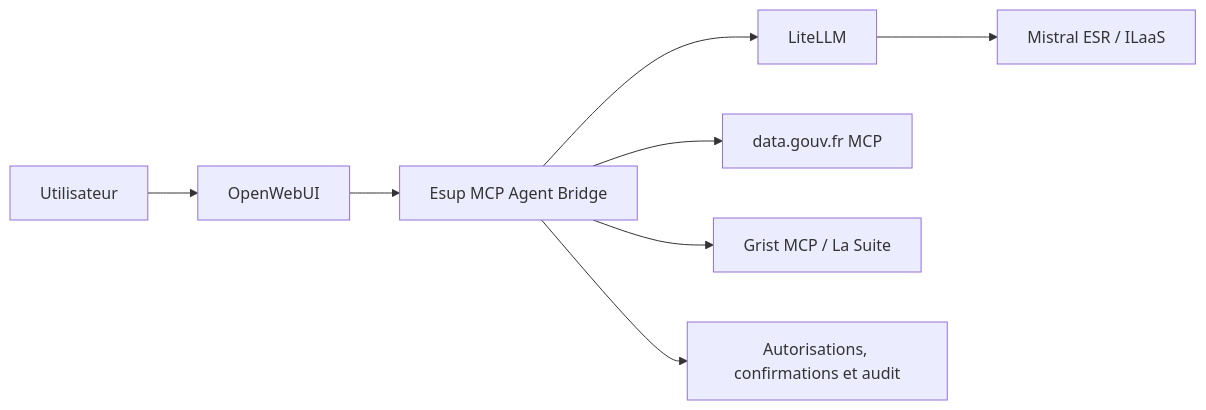
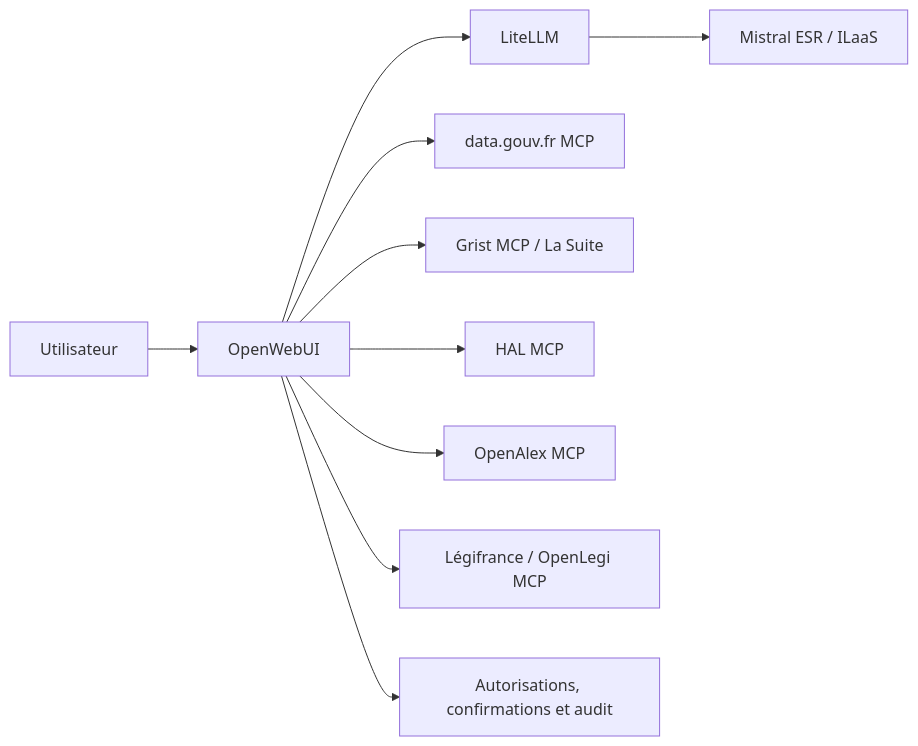
The diagram in README.md (EsupPortail/esup-mcp-catalog), drawn with Mermaid before and after one commit. The commit also changed other lines of this file, not shown here.

First line of the commit message:
docs: rewrite README for the native-MCP architecture

````diff
--- a/README.md
+++ b/README.md
@@ -24,10 +27,12 @@
 ```mermaid
 flowchart LR
     U[Utilisateur] --> OW[OpenWebUI]
-    OW --> AB[Esup MCP Agent Bridge]
-    AB --> LL[LiteLLM]
+    OW --> LL[LiteLLM]
     LL --> M[Mistral ESR / ILaaS]
-    AB --> DG[data.gouv.fr MCP]
-    AB --> GR[Grist MCP / La Suite]
-    AB --> A[Autorisations, confirmations et audit]
+    OW --> DG[data.gouv.fr MCP]
+    OW --> GR[Grist MCP / La Suite]
+    OW --> HAL[HAL MCP]
+    OW --> OA[OpenAlex MCP]
+    OW --> LEG[Légifrance / OpenLegi MCP]
+    OW --> A[Autorisations, confirmations et audit]
 ```
````
